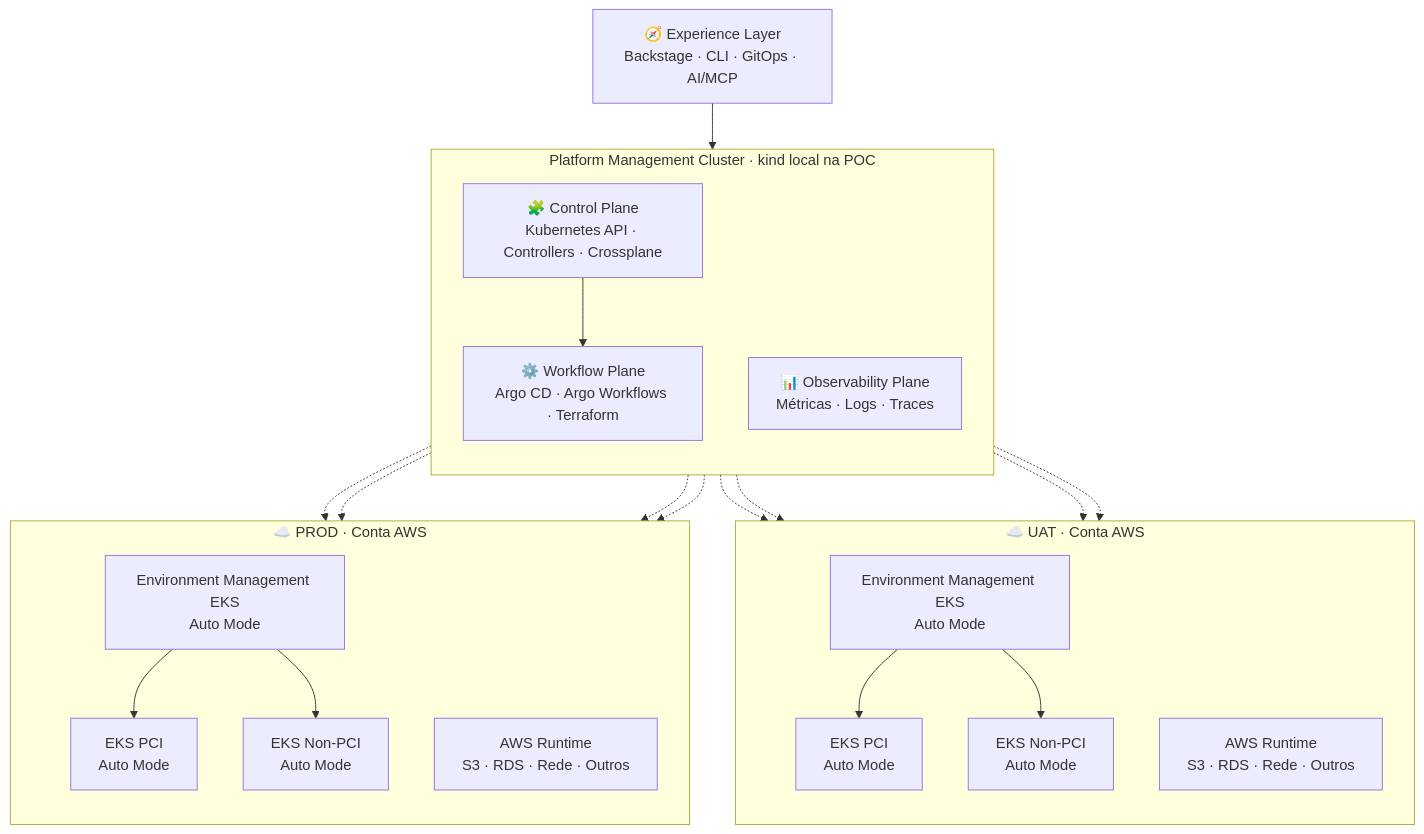
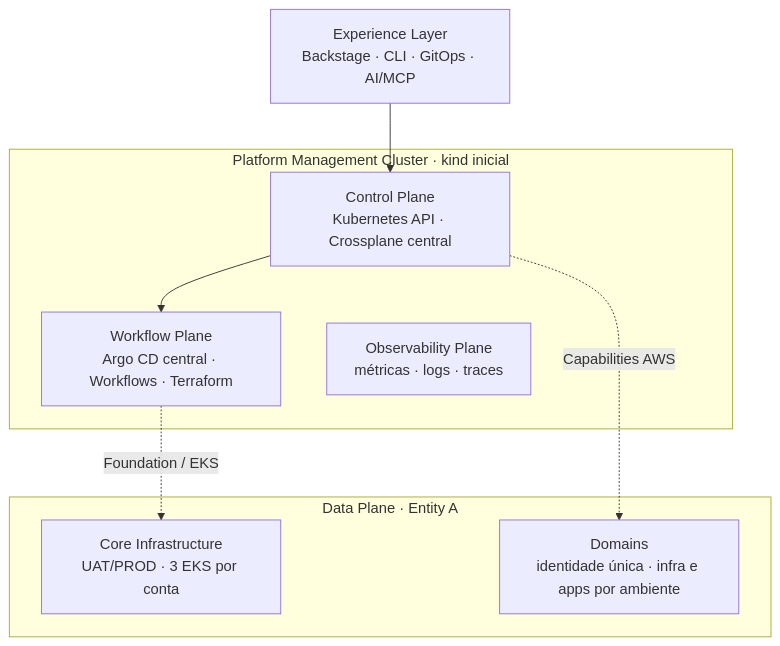
The diagram in README.md (DavidFerreira21/platform-engineering-poc), drawn with Mermaid before and after one commit. The commit also changed other lines of this file and 10 other files, not shown here.

````diff
--- a/README.md
+++ b/README.md
@@ -23,42 +23,17 @@
 ```mermaid
 flowchart TB
-    EXP["🧭 Experience Layer<br/>Backstage · CLI · GitOps · AI/MCP"]
-
-    subgraph HUB["Platform Management Cluster · kind local na POC"]
-        direction TB
-        CP["🧩 Control Plane<br/>Kubernetes API · Controllers · Crossplane"]
-        WF["⚙️ Workflow Plane<br/>Argo CD · Argo Workflows · Terraform"]
-        OB["📊 Observability Plane<br/>Métricas · Logs · Traces"]
-    end
-
-    subgraph UAT["☁️ UAT · Conta AWS"]
-        direction TB
-        UM["Environment Management EKS<br/>Auto Mode"]
-        UP["EKS PCI<br/>Auto Mode"]
-        UN["EKS Non-PCI<br/>Auto Mode"]
-        UR["AWS Runtime<br/>S3 · RDS · Rede · Outros"]
-        UM --> UP
-        UM --> UN
-    end
-
-    subgraph PROD["☁️ PROD · Conta AWS"]
-        direction TB
-        PM["Environment Management EKS<br/>Auto Mode"]
-        PP["EKS PCI<br/>Auto Mode"]
-        PN["EKS Non-PCI<br/>Auto Mode"]
-        PR["AWS Runtime<br/>S3 · RDS · Rede · Outros"]
-        PM --> PP
-        PM --> PN
-    end
-
-    EXP --> CP
-    CP --> WF
-    CP -.-> UM
-    CP -.-> PM
-    WF -.-> UM
-    WF -.-> PM
-    CP -.-> UR
-    CP -.-> PR
-    OB -.-> UM
-    OB -.-> PM
+  E["Experience Layer<br/>Backstage · CLI · GitOps · AI/MCP"]
+  subgraph HUB["Platform Management Cluster · kind inicial"]
+    C["Control Plane<br/>Kubernetes API · Crossplane central"]
+    W["Workflow Plane<br/>Argo CD central · Workflows · Terraform"]
+    O["Observability Plane<br/>métricas · logs · traces"]
+  end
+  subgraph D["Data Plane · Entity A"]
+    CORE["Core Infrastructure<br/>UAT/PROD · 3 EKS por conta"]
+    DOM["Domains<br/>identidade única · infra e apps por ambiente"]
+  end
+  E --> C
+  C --> W
+  C -. "Capabilities AWS" .-> DOM
+  W -. "Foundation / EKS" .-> CORE
 ```
````
